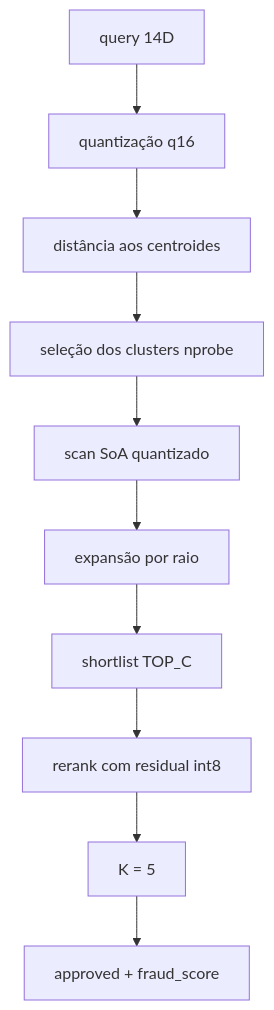
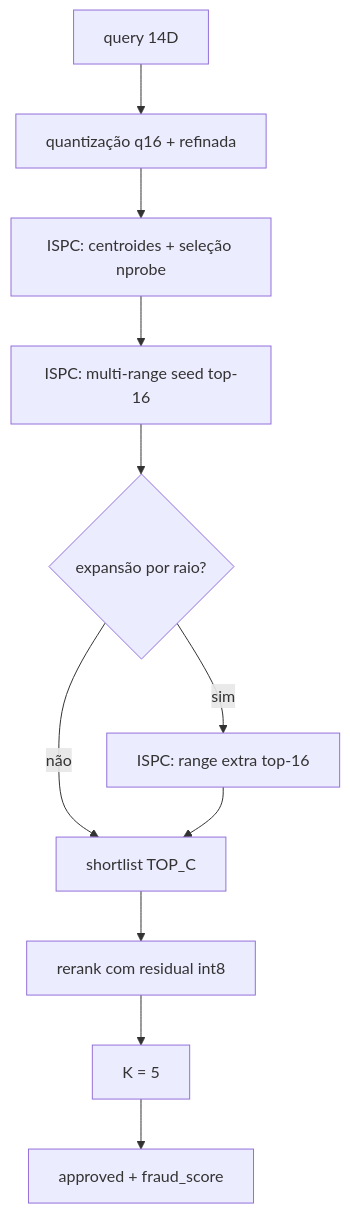
The fourth of 5 diagrams in docs/tecnica.md (cleissonbarbosa/rinha-backend-2026-ispc), drawn with Mermaid before and after one commit. The commit also changed other lines of this file and 15 other files, not shown here.

````diff
--- a/docs/tecnica.md
+++ b/docs/tecnica.md
@@ -93,12 +100,13 @@
 ```mermaid
 flowchart TD
-  q["query 14D"] --> q16["quantização q16"]
-  q16 --> cdist["distância aos centroides"]
-  cdist --> probe["seleção dos clusters nprobe"]
-  probe --> coarse["scan SoA quantizado"]
-  coarse --> expand["expansão por raio"]
-  expand --> topc["shortlist TOP_C"]
+  q["query 14D"] --> q16["quantização q16 + refinada"]
+  q16 --> ctop["ISPC: centroides + seleção nprobe"]
+  ctop --> seed["ISPC: multi-range seed top-16"]
+  seed --> expand{"expansão por raio?"}
+  expand -->|sim| extra["ISPC: range extra top-16"]
+  expand -->|não| topc["shortlist TOP_C"]
+  extra --> topc
   topc --> refine["rerank com residual int8"]
   refine --> topk["K = 5"]
   topk --> resp["approved + fraud_score"]
 ```
````
